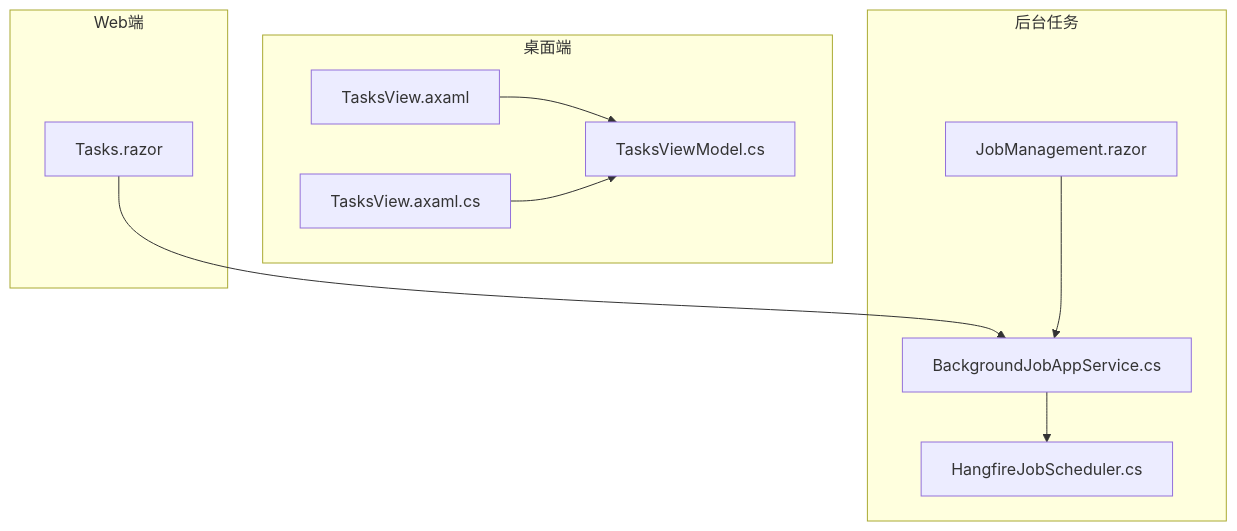
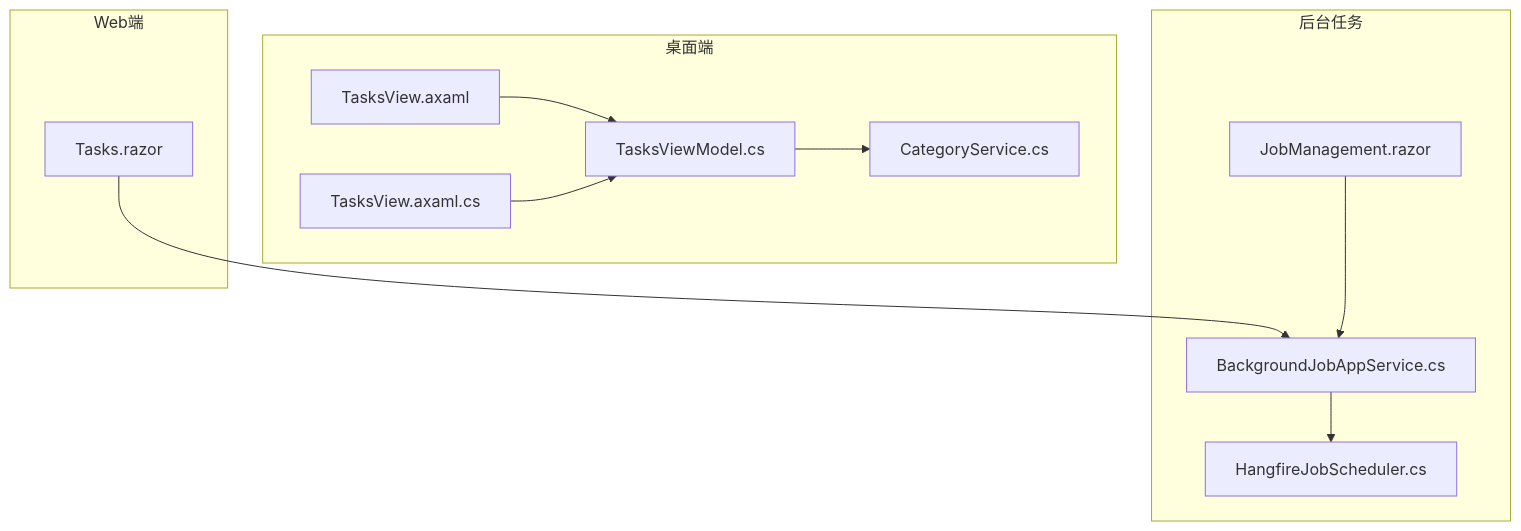
Before and after one commit to openlowcodelab/lowcode: the first of 5 diagrams in .qoder/repowiki/zh/content/AI助手服务/桌面端应用/UI界面组件/任务界面组件.md, drawn with Mermaid. The commit also changed other lines of this file and 118 other files, not shown here.

````diff
--- a/.qoder/repowiki/zh/content/AI助手服务/桌面端应用/UI界面组件/任务界面组件.md
+++ b/.qoder/repowiki/zh/content/AI助手服务/桌面端应用/UI界面组件/任务界面组件.md
@@ -41,21 +53,23 @@
 ```mermaid
 graph TB
 subgraph "桌面端"
 TV["TasksView.axaml"]
 TVC["TasksView.axaml.cs"]
 VM["TasksViewModel.cs"]
+CS["CategoryService.cs"]
 end
 subgraph "Web端"
 WPage["Tasks.razor"]
 end
 subgraph "后台任务"
 Svc["BackgroundJobAppService.cs"]
 Sch["HangfireJobScheduler.cs"]
 Mgmt["JobManagement.razor"]
 end
 TV --> VM
 TVC --> VM
+VM --> CS
 WPage --> Svc
 Svc --> Sch
 Mgmt --> Svc
 ```
````
